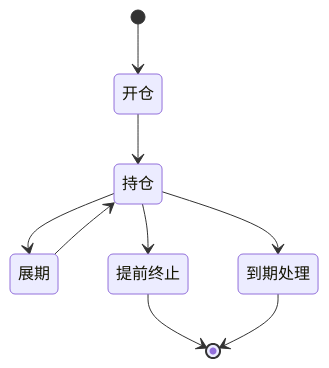
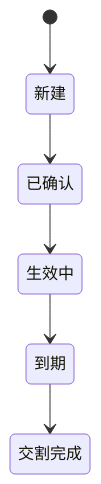
The second of 2 diagrams in templates/business_probe_template.md (Rykii/BEx), drawn with Mermaid before and after one commit. The commit also changed other lines of this file and 2 other files, not shown here.

Commit message:
fix: 输出结构校验闭环 — +多品种独立Mermaid流程/状态图 +BEx §6 11项强制校验 +§D品种特有环节清单

````diff
--- a/templates/business_probe_template.md
+++ b/templates/business_probe_template.md
@@ -66,11 +70,8 @@
 ```mermaid
 stateDiagram-v2
-    [*] --> 开仓
-    开仓 --> 持仓
-    持仓 --> 展期
-    持仓 --> 提前终止
-    持仓 --> 到期处理
-    展期 --> 持仓
-    提前终止 --> [*]
-    到期处理 --> [*]
+    [*] --> 新建
+    新建 --> 已确认
+    已确认 --> 生效中
+    生效中 --> 到期
+    到期 --> 交割完成
 ```
````
